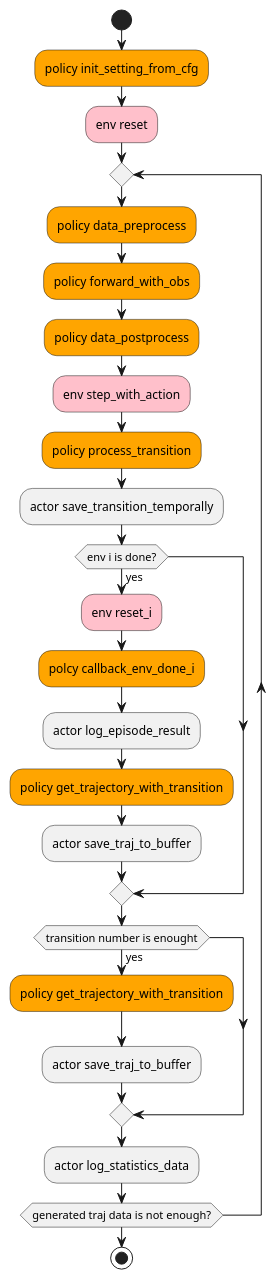
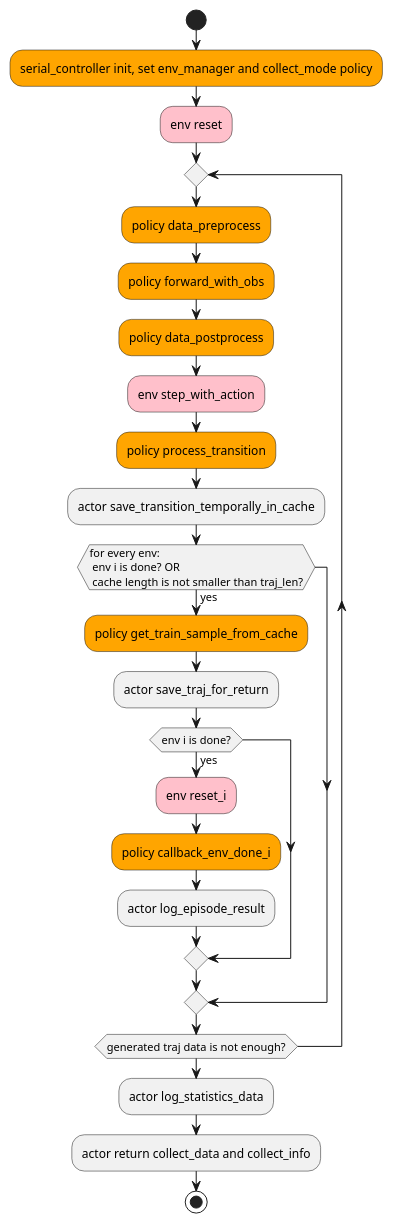
One commit to opendilab/DI-engine changed the diagram in nervex/design/serial_actor.puml. Above: the diagram before and after it, drawn with PlantUML. The commit also changed 9 other files, not shown here.

Commit message:
modify serial design uml

```diff
--- a/nervex/design/serial_actor.puml
+++ b/nervex/design/serial_actor.puml
@@ -1,27 +1,25 @@
-@startuml
+@startuml serial_actor
 start
-#orange:policy init_setting_from_cfg;
+#orange:serial_controller init, set env_manager and collect_mode policy;
 #pink:env reset;
 repeat
   #orange:policy data_preprocess;
   #orange:policy forward_with_obs;
   #orange:policy data_postprocess;
   #pink:env step_with_action;
   #orange:policy process_transition;
-  :actor save_transition_temporally;
-  if (env i is done?) then (yes)
-    #pink:env reset_i;
-    #orange:polcy callback_env_done_i;
-    :actor log_episode_result;
-    #orange:policy get_trajectory_with_transition;
-    :actor save_traj_to_buffer;
+  :actor save_transition_temporally_in_cache;
+  if (for every env: \n env i is done? OR \n cache length is not smaller than traj_len?) then (yes)
+    #orange:policy get_train_sample_from_cache;
+    :actor save_traj_for_return;
+    if (env i is done?) then (yes)
+      #pink:env reset_i;
+      #orange:policy callback_env_done_i;
+      :actor log_episode_result;
+    endif
   endif
-  if (transition number is enought) then (yes)
-    #orange:policy get_trajectory_with_transition;
-    :actor save_traj_to_buffer;
-  endif
-  :actor log_statistics_data;
 repeat while (generated traj data is not enough?)
-
+:actor log_statistics_data;
+:actor return collect_data and collect_info;
 stop
 @enduml
```
